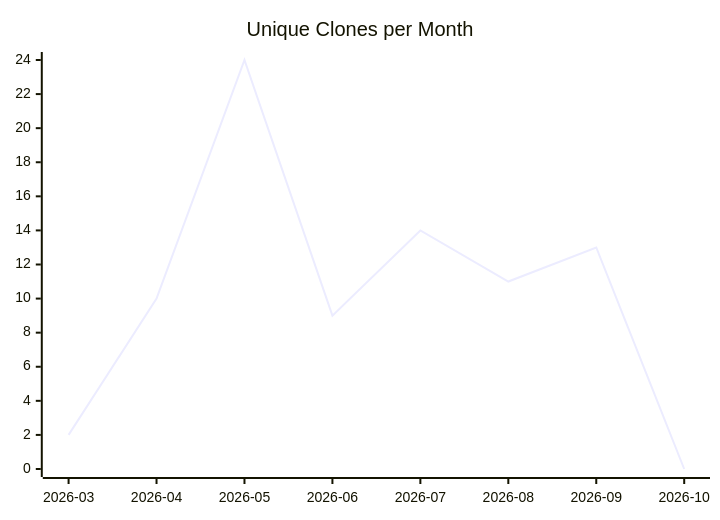
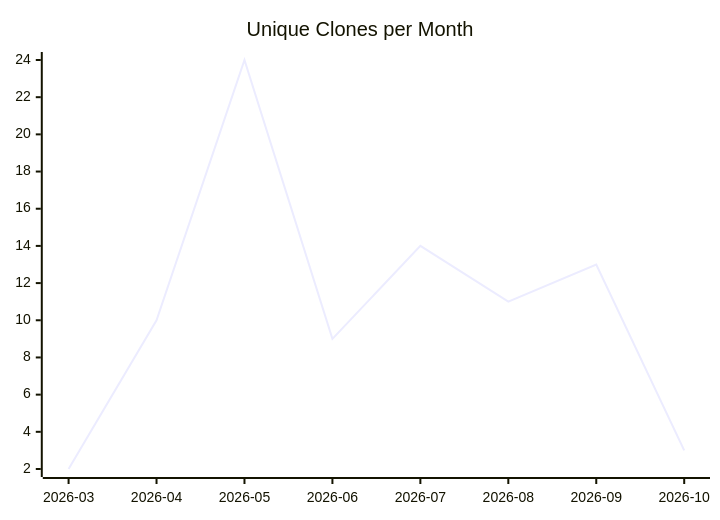
Before and after one commit to justdavis-family/github-analytics-data: the third of 3 diagrams in karlmdavis/xmlpull/README.md, drawn with Mermaid. The commit also changed other lines of this file and 203 other files, not shown here.

````diff
--- a/karlmdavis/xmlpull/README.md
+++ b/karlmdavis/xmlpull/README.md
@@ -19,6 +19,6 @@
 ```mermaid
 xychart-beta
   title "Unique Clones per Month"
   x-axis ["2026-03", "2026-04", "2026-05", "2026-06", "2026-07", "2026-08", "2026-09", "2026-10"]
-  line [2, 10, 24, 9, 14, 11, 13, 0]
+  line [2, 10, 24, 9, 14, 11, 13, 3]
 ```
````
